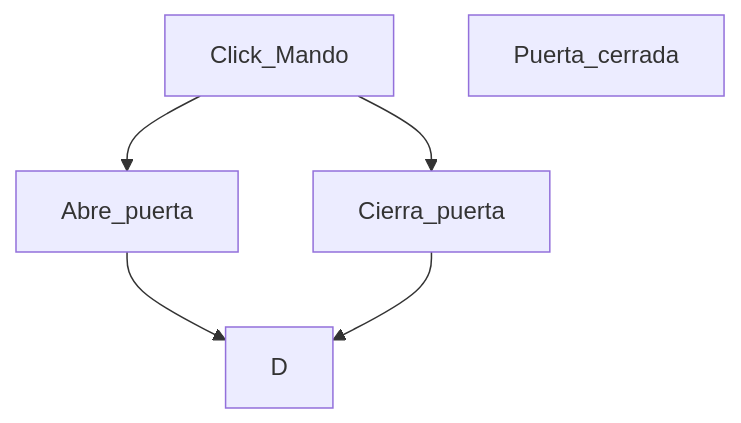
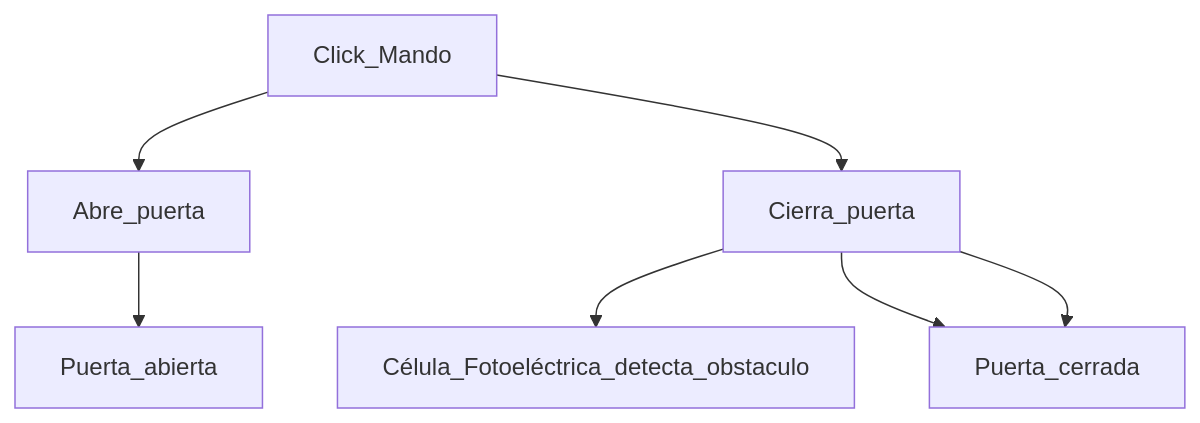
The diagram in README.md (ABarrosoG/sliding-door-garage), drawn with Mermaid before and after one commit.

````diff
--- a/README.md
+++ b/README.md
@@ -21,9 +21,12 @@
 ```mermaid
 graph TD;
     Click_Mando-->Abre_puerta;
+    Abre_puerta-->Puerta_abierta;
     Click_Mando-->Cierra_puerta;
-    Abre_puerta-->D;
-    Cierra_puerta-->D;
+    Cierra_puerta-->Célula_Fotoeléctrica_detecta_obstaculo;
+    Cierra_puerta-->Puerta_cerrada;
+    
+    Cierra_puerta-->Puerta_cerrada;
     Puerta_cerrada;
-    Puerta_cerrada;
+    Puerta_abierta;
 ```
````
